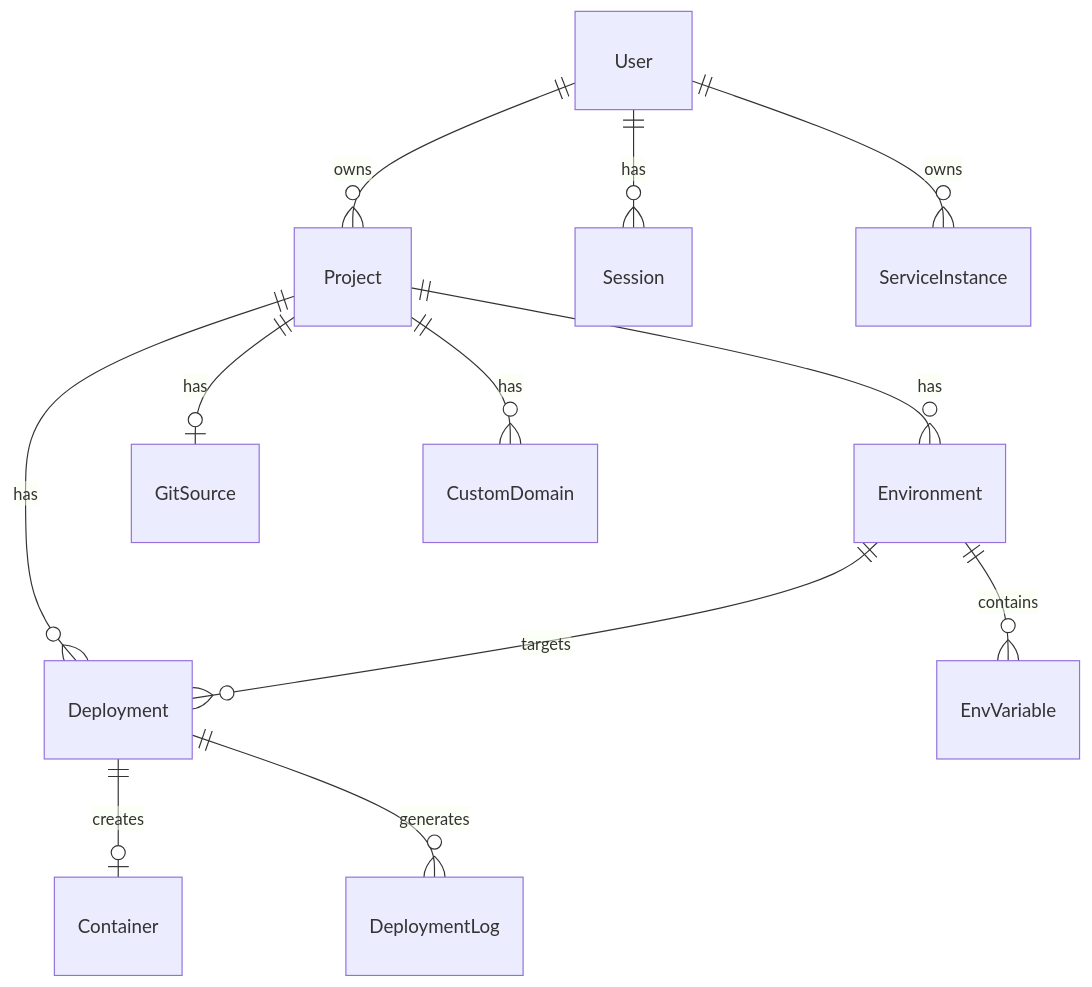
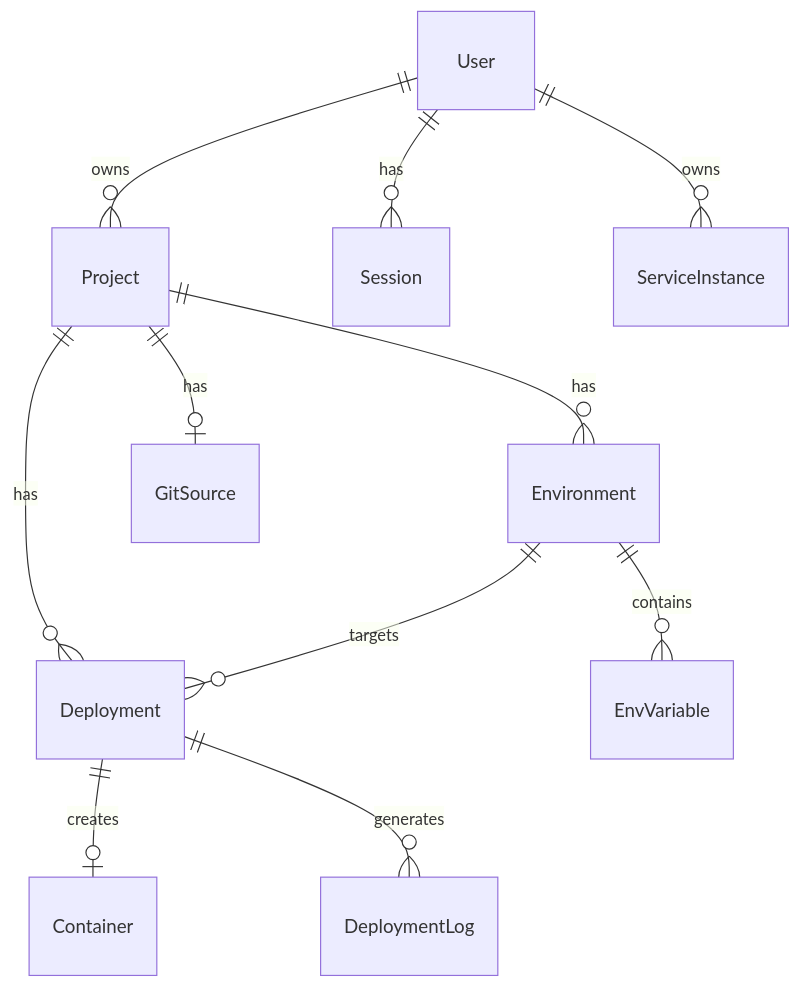
Before and after one commit to raythurman2386/goforge: the seventh of 7 diagrams in docs/architecture/data-flow.md, drawn with Mermaid. The commit also changed 8 other files, not shown here.

First line of the commit message:
chore: remove orphaned CustomDomain model and internal/domain package

````diff
--- a/docs/architecture/data-flow.md
+++ b/docs/architecture/data-flow.md
@@ -179,18 +179,16 @@
 ```mermaid
 erDiagram
     User ||--o{ Project : owns
     User ||--o{ Session : has
     User ||--o{ ServiceInstance : owns
     
     Project ||--o{ Environment : has
     Project ||--o{ Deployment : has
     Project ||--o| GitSource : has
     
     Environment ||--o{ EnvVariable : contains
     Environment ||--o{ Deployment : targets
     
     Deployment ||--o| Container : creates
     Deployment ||--o{ DeploymentLog : generates
-    
-    Project ||--o{ CustomDomain : has
 ```
````
